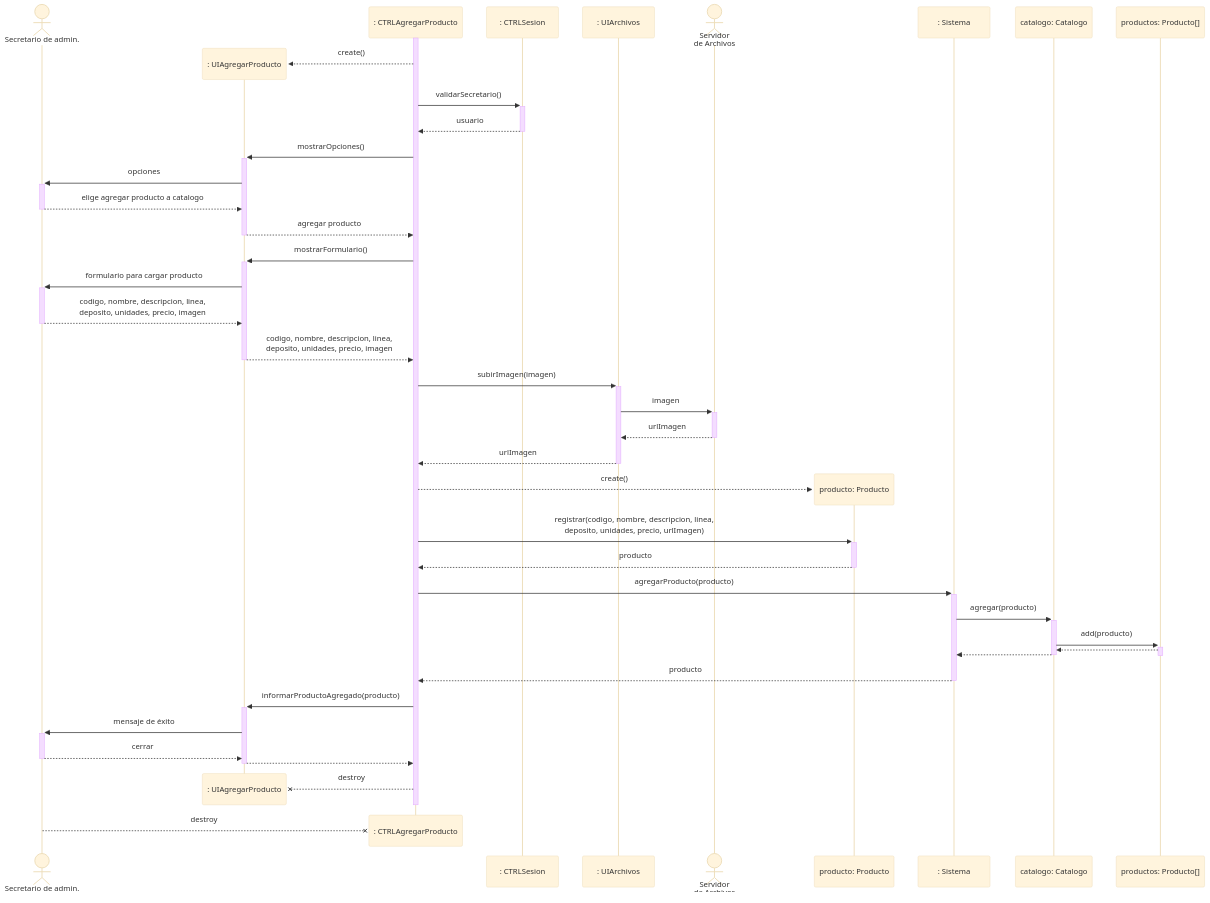
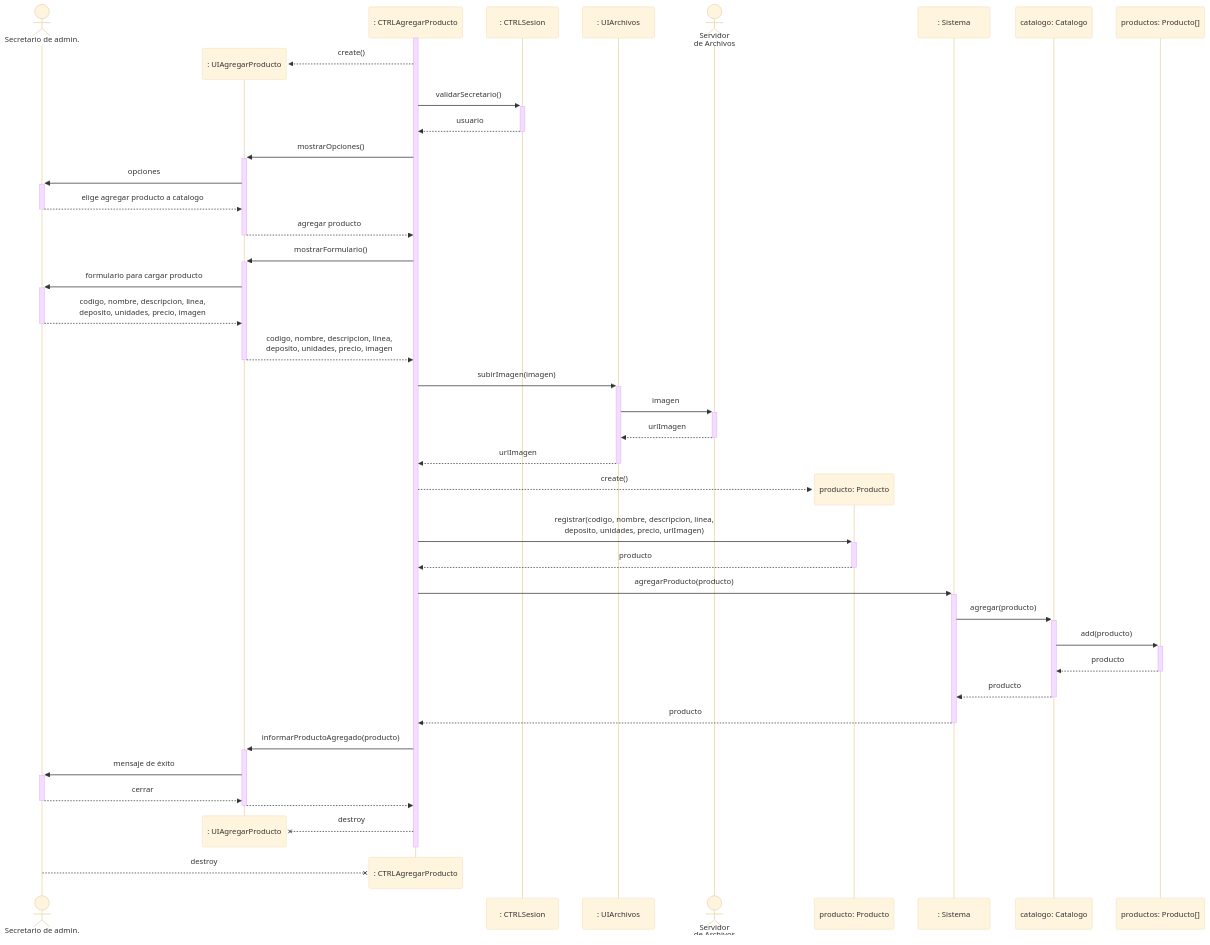
The second of 3 diagrams in docs/RCU-asignar-producto-a-catalogo.md (agustinbravop/utn-reciplas), drawn with Mermaid (base theme) before and after one commit. The commit also changed other lines of this file, not shown here.

Commit message:
emprolijando la RCU asignar producto a catalogo

````diff
--- a/docs/RCU-asignar-producto-a-catalogo.md
+++ b/docs/RCU-asignar-producto-a-catalogo.md
@@ -169,55 +169,55 @@
 ```mermaid
 sequenceDiagram;
     actor U as Secretario de admin.
 
     activate CTRL
     create participant UI as : UIAgregarProducto
     CTRL -->> UI: create()
     participant CTRL as : CTRLAgregarProducto
     participant Sesion as : CTRLSesion
     CTRL ->> +Sesion: validarSecretario()
     Sesion -->> -CTRL: usuario
 
     CTRL ->> +UI: mostrarOpciones()
     UI ->> +U: opciones
     U -->> -UI: elige agregar producto a catalogo
     UI -->> -CTRL: agregar producto
 
     CTRL ->> +UI: mostrarFormulario()
     UI ->> +U: formulario para cargar producto
     U -->> -UI: codigo, nombre, descripcion, linea, <br/> deposito, unidades, precio, imagen
     UI -->> -CTRL: codigo, nombre, descripcion, linea, <br/> deposito, unidades, precio, imagen
 
 
     participant UIArchivos as : UIArchivos
     CTRL ->> +UIArchivos: subirImagen(imagen)
     actor Archivos as Servidor <br/>de Archivos
     UIArchivos ->> +Archivos: imagen
     Archivos -->> -UIArchivos: urlImagen
     UIArchivos -->> -CTRL: urlImagen
 
     create participant P as producto: Producto
     CTRL -->> P: create()
     CTRL ->> +P: registrar(codigo, nombre, descripcion, linea, <br/> deposito, unidades, precio, urlImagen)
     P -->> -CTRL: producto
 
     participant S as : Sistema
     CTRL ->> +S: agregarProducto(producto)
     participant C as catalogo: Catalogo
     S ->> +C: agregar(producto)
     participant LTP as productos: Producto[]
     C ->> +LTP: add(producto)
-    LTP -->> -C: 
-    C -->> -S: 
+    LTP -->> -C: producto
+    C -->> -S: producto
     S -->> -CTRL: producto
 
     CTRL ->> +UI: informarProductoAgregado(producto)
     UI ->> +U: mensaje de éxito
     U -->> -UI: cerrar
     UI -->> -CTRL: 
     destroy UI
     CTRL --x -UI: destroy
     destroy CTRL
     U --x CTRL: destroy
 
 ```
````
